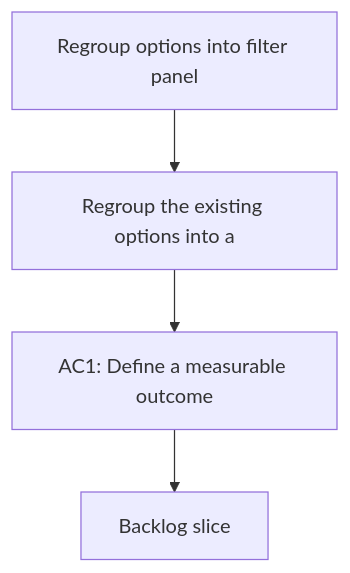
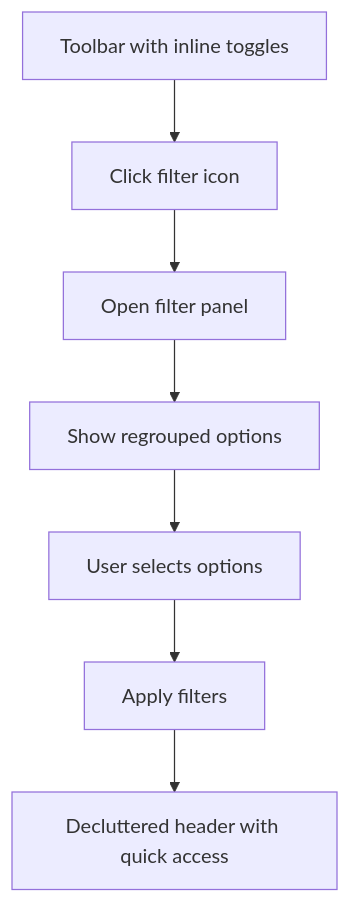
One commit to AlexAgo83/logics-manager changed the diagram in logics/request/req_003_filter_panel_options.md. Above: the diagram before and after it, drawn with Mermaid. The commit also changed other lines of this file and 54 other files, not shown here.

````diff
--- a/logics/request/req_003_filter_panel_options.md
+++ b/logics/request/req_003_filter_panel_options.md
@@ -7,8 +7,11 @@
 ```mermaid
 %% logics-kind: request
 %% logics-signature: request|regroup-options-into-filter-panel|regroup-the-existing-options-into-a|ac1-define-a-measurable-outcome
 flowchart TD
-    Trigger[Regroup options into filter panel] --> Need[Regroup the existing options into a]
-    Need --> Outcome[AC1: Define a measurable outcome]
-    Outcome --> Backlog[Backlog slice]
+    A[Toolbar with inline toggles] --> B[Click filter icon]
+    B --> C[Open filter panel]
+    C --> D[Show regrouped options]
+    D --> E[User selects options]
+    E --> F[Apply filters]
+    F --> G[Decluttered header with quick access]
 ```
````
